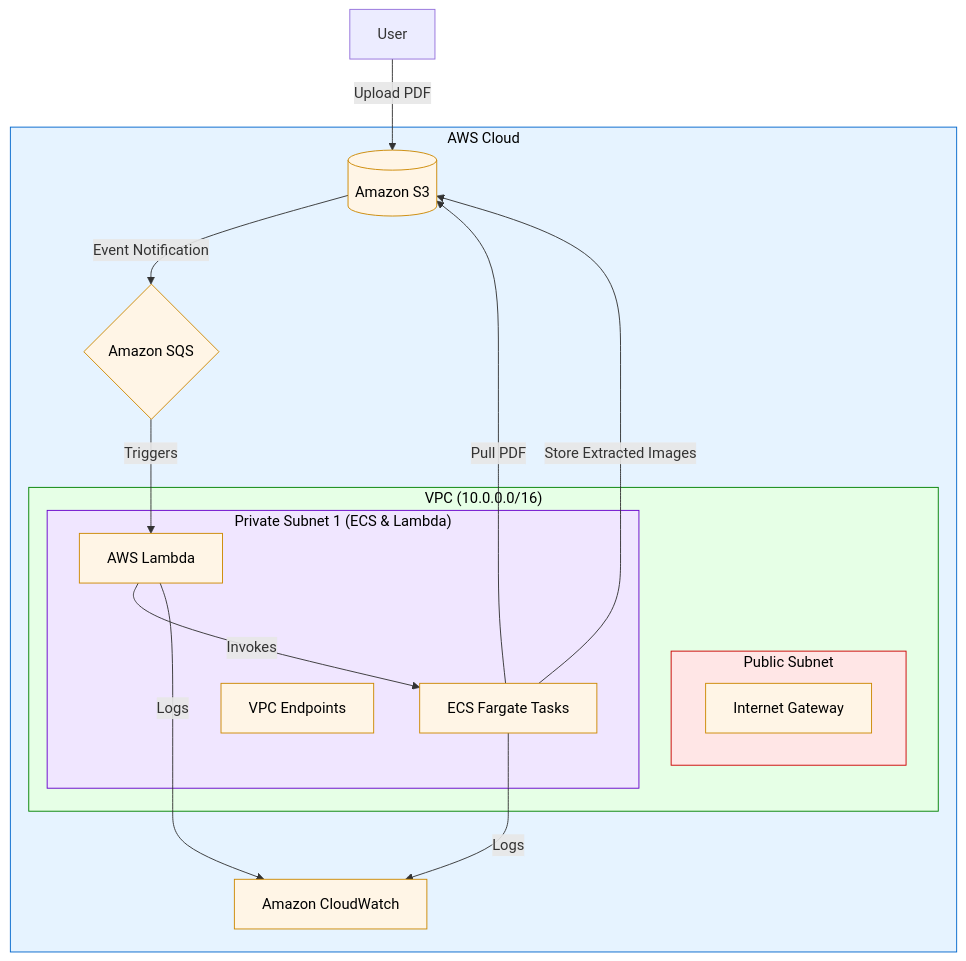
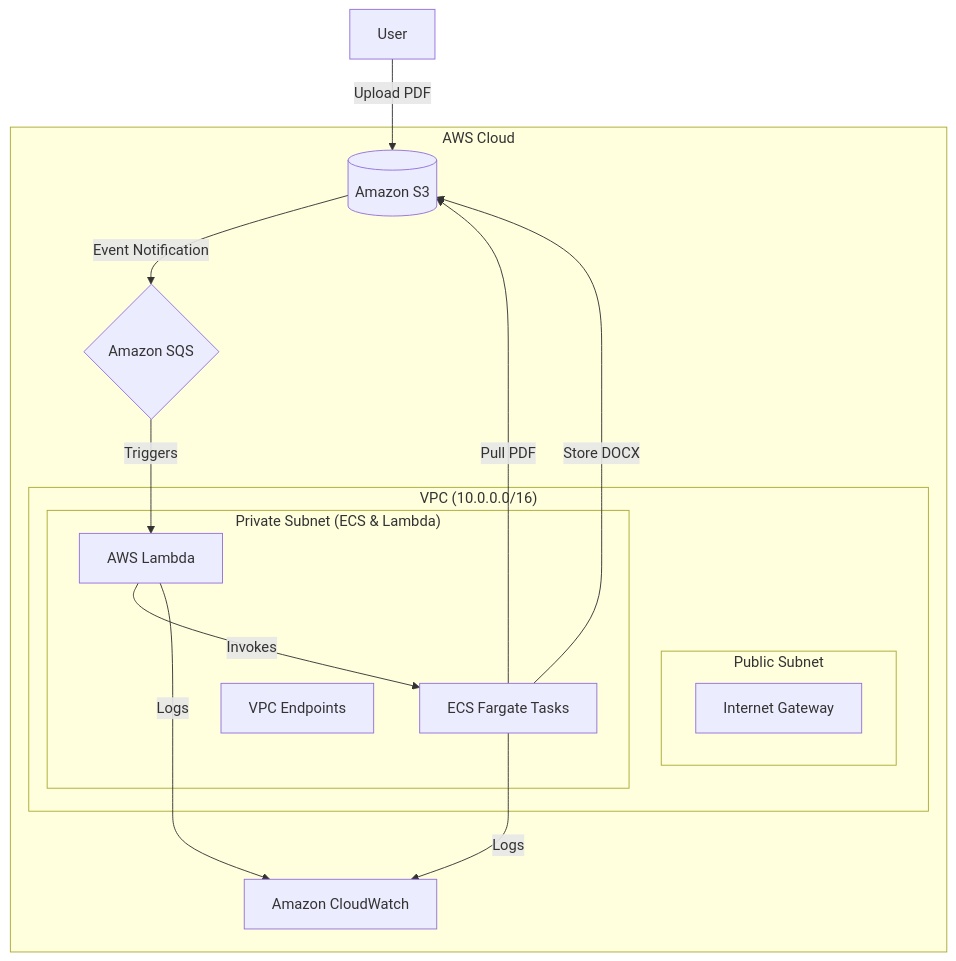
One commit to hyperverseglobalconsulting/pdf_data_extraction_statless_comps changed the diagram in README.md. Above: the diagram before and after it, drawn with Mermaid. The commit also changed other lines of this file, not shown here.

````diff
--- a/README.md
+++ b/README.md
@@ -22,40 +27,26 @@
 ```mermaid
 graph TD
     A[User] -->|Upload PDF| B[(Amazon S3)]
     
     subgraph AWS["AWS Cloud"]
         subgraph VPC["VPC (10.0.0.0/16)"]
             subgraph PublicSubnet["Public Subnet"]
                 I[Internet Gateway]
             end
             
-            subgraph PrivateSubnet1["Private Subnet 1 (ECS & Lambda)"]
+            subgraph PrivateSubnet1["Private Subnet (ECS & Lambda)"]
                 H[AWS Lambda]
                 D[ECS Fargate Tasks]
                 E[VPC Endpoints]
             end
         end
         
         B -->|Event Notification| C{Amazon SQS}
         C -->|Triggers| H
         H -->|Invokes| D
         D -->|Pull PDF| B
-        D -->|Store Extracted Images| B
+        D -->|Store DOCX| B
         D -->|Logs| G[Amazon CloudWatch]
         H -->|Logs| G
     end
-    
-    %% Class Definitions
-    classDef aws fill:#e6f3ff,stroke:#0066cc,color:#000;
-    classDef vpc fill:#e6ffe6,stroke:#008000,color:#000;
-    classDef public fill:#ffe6e6,stroke:#cc0000,color:#000;
-    classDef private1 fill:#f0e6ff,stroke:#6600cc,color:#000;
-    classDef service fill:#fff5e6,stroke:#cc8800,color:#000;
-    
-    %% Apply Styles
-    class AWS aws;
-    class VPC vpc;
-    class PublicSubnet public;
-    class PrivateSubnet1 private1;
-    class B,C,G,I,D,E,H service;
 ```
````
